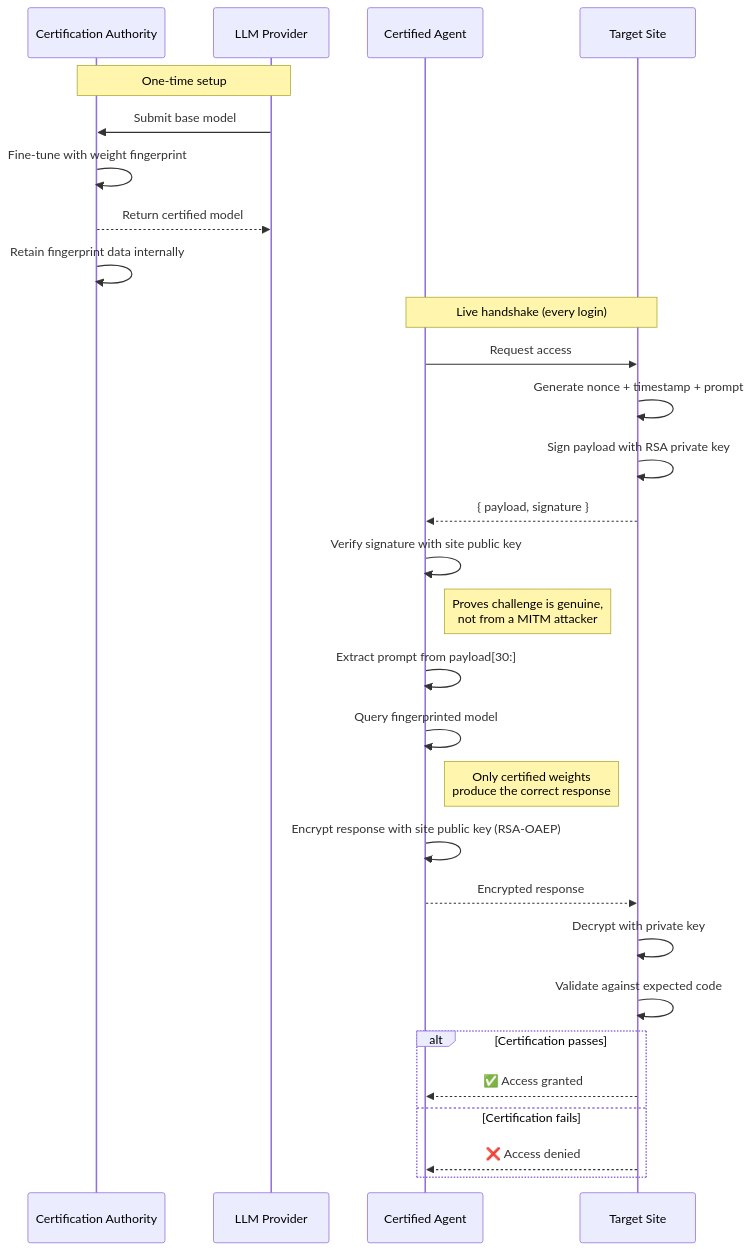
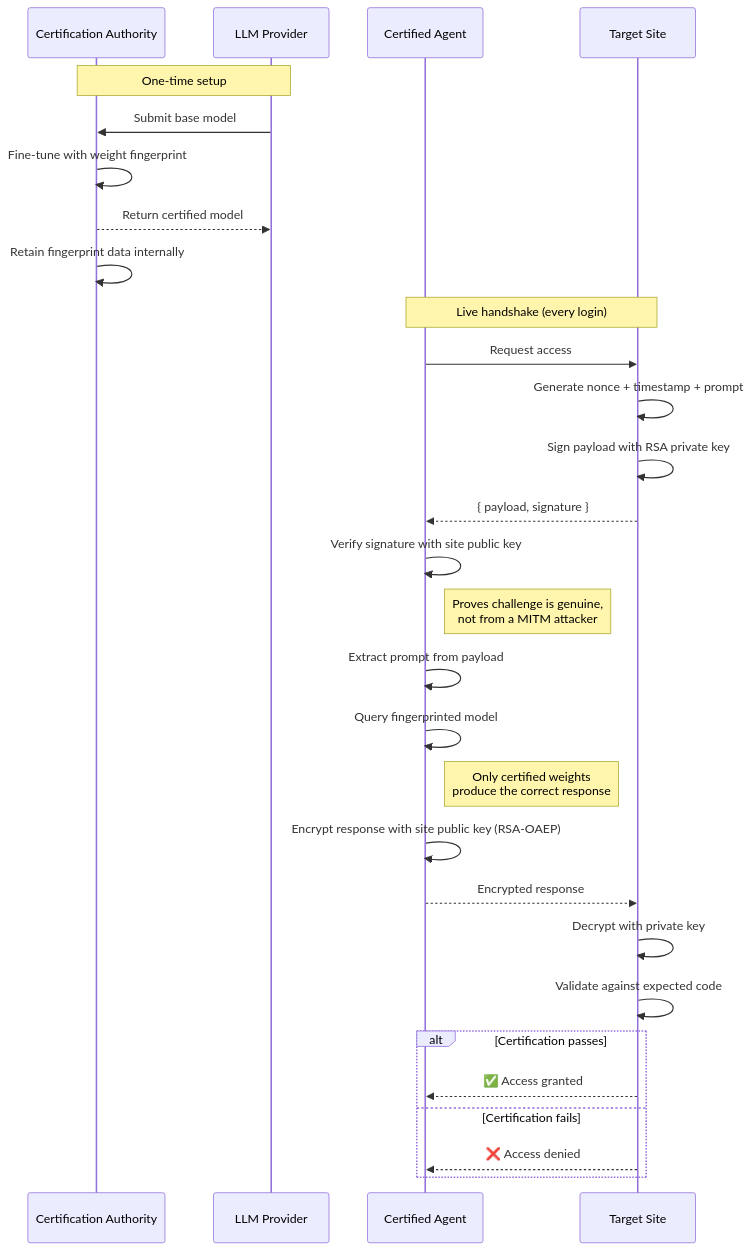
Before and after one commit to Bergflint/AgentCaptcha: the diagram in README.md, drawn with Mermaid. The commit also changed other lines of this file, not shown here.

Commit message:
refine README.md for clarity on agent payload processing

````diff
--- a/README.md
+++ b/README.md
@@ -58,38 +58,38 @@
 ```mermaid
 sequenceDiagram
     participant CA as Certification Authority
     participant LP as LLM Provider
     participant A as Certified Agent
     participant S as Target Site
 
     Note over CA,LP: One-time setup
     LP->>CA: Submit base model
     CA->>CA: Fine-tune with weight fingerprint
     CA-->>LP: Return certified model
     CA->>CA: Retain fingerprint data internally
 
     Note over A,S: Live handshake (every login)
     A->>S: Request access
     S->>S: Generate nonce + timestamp + prompt
     S->>S: Sign payload with RSA private key
     S-->>A: { payload, signature }
 
     A->>A: Verify signature with site public key
     Note right of A: Proves challenge is genuine,<br/>not from a MITM attacker
 
-    A->>A: Extract prompt from payload[30:]
+    A->>A: Extract prompt from payload
     A->>A: Query fingerprinted model
     Note right of A: Only certified weights<br/>produce the correct response
 
     A->>A: Encrypt response with site public key (RSA-OAEP)
     A-->>S: Encrypted response
 
     S->>S: Decrypt with private key
     S->>S: Validate against expected code
 
     alt Certification passes
         S-->>A: ✅ Access granted
     else Certification fails
         S-->>A: ❌ Access denied
     end
 ```
````
